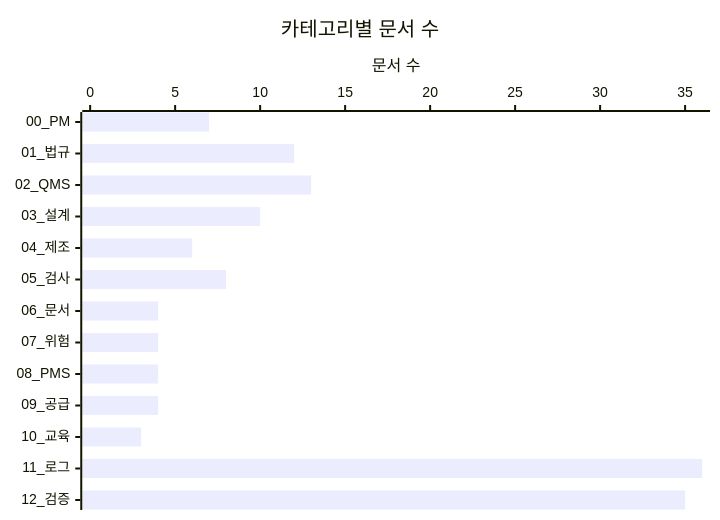
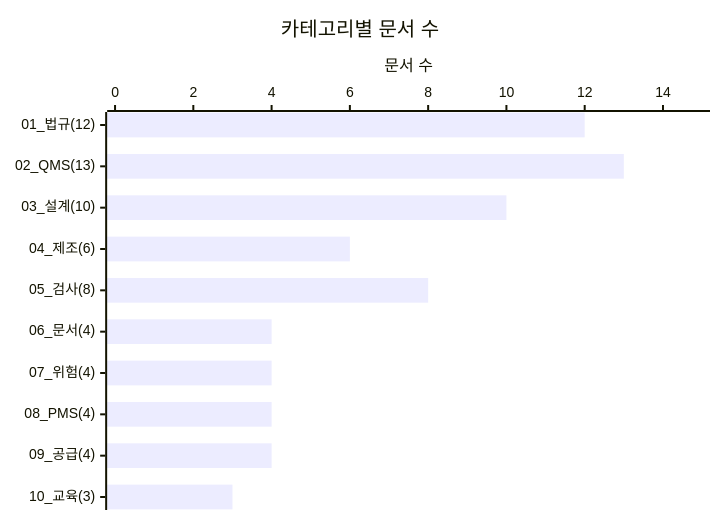
The second of 4 diagrams in README.md (holee9/MD-process), drawn with Mermaid before and after one commit. The commit also changed other lines of this file, not shown here.

Commit message:
docs(readme): 진행현황 2026-05-22 — v0.2+ 32/68(47%), Tier1 QMS 100% 완료

````diff
--- a/README.md
+++ b/README.md
@@ -98,8 +95,7 @@
 ```mermaid
-%%{init: {"theme":"default"}}%%
 xychart-beta horizontal
     title "카테고리별 문서 수"
-    x-axis ["00_PM","01_법규","02_QMS","03_설계","04_제조","05_검사","06_문서","07_위험","08_PMS","09_공급","10_교육","11_로그","12_검증"]
-    y-axis "문서 수" 0 --> 36
-    bar [7,12,13,10,6,8,4,4,4,4,3,36,35]
+    x-axis ["01_법규(12)", "02_QMS(13)", "03_설계(10)", "04_제조(6)", "05_검사(8)", "06_문서(4)", "07_위험(4)", "08_PMS(4)", "09_공급(4)", "10_교육(3)"]
+    y-axis "문서 수" 0 --> 15
+    bar [12, 13, 10, 6, 8, 4, 4, 4, 4, 3]
 ```
````
